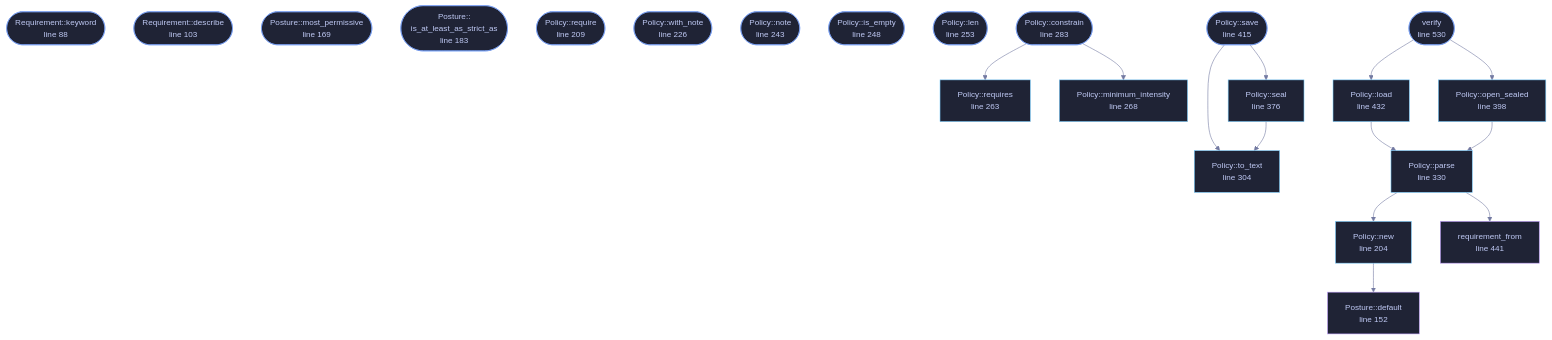
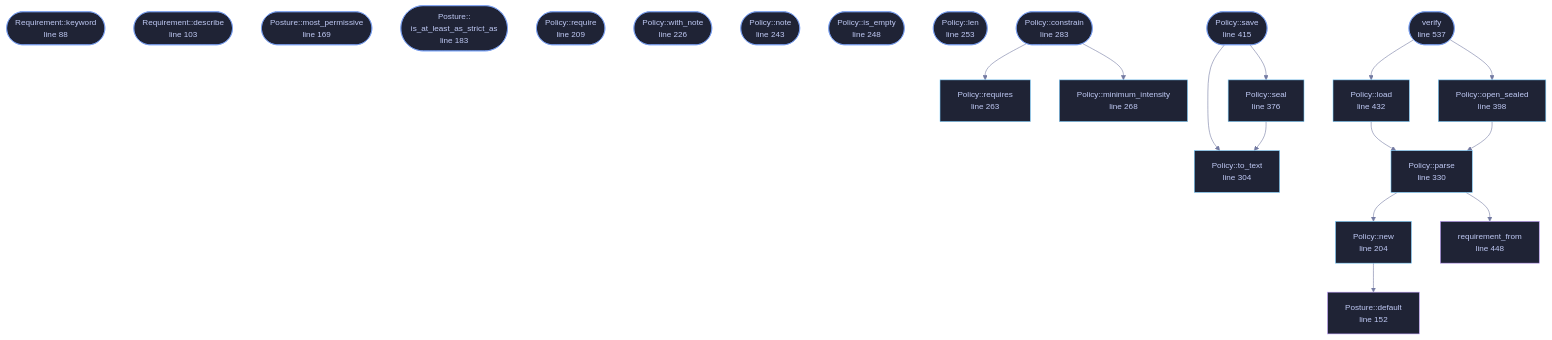
Before and after one commit to tilas01/veilvoice: the diagram in docs/files/veilvoice-policy/policy.md, drawn with Mermaid. The commit also changed other lines of this file and 130 other files, not shown here.

````diff
--- a/docs/files/veilvoice-policy/policy.md
+++ b/docs/files/veilvoice-policy/policy.md
@@ -126,66 +126,66 @@
 ```mermaid
 %%{init: {"theme":"base","themeVariables":{"background":"#1a1b26","primaryColor":"#1f2335","primaryTextColor":"#c0caf5","primaryBorderColor":"#7aa2f7","secondaryColor":"#16161e","tertiaryColor":"#16161e","lineColor":"#737aa2","textColor":"#c0caf5","mainBkg":"#1f2335","nodeBorder":"#7aa2f7","clusterBkg":"#16161e","clusterBorder":"#2f3549","fontFamily":"ui-monospace, SFMono-Regular, Consolas, monospace","fontSize":"14px"}}}%%
 flowchart TD
     n_keyword(["Requirement::keyword<br/>line 88"])
     n_describe(["Requirement::describe<br/>line 103"])
     n_default["Posture::default<br/>line 152"]
     n_most_permissive(["Posture::most_permissive<br/>line 169"])
     n_is_at_least_as_strict_as(["Posture::<br/>is_at_least_as_strict_as<br/>line 183"])
     n_new["Policy::new<br/>line 204"]
     n_require(["Policy::require<br/>line 209"])
     n_with_note(["Policy::with_note<br/>line 226"])
     n_note(["Policy::note<br/>line 243"])
     n_is_empty(["Policy::is_empty<br/>line 248"])
     n_len(["Policy::len<br/>line 253"])
     n_requires["Policy::requires<br/>line 263"]
     n_minimum_intensity["Policy::minimum_intensity<br/>line 268"]
     n_constrain(["Policy::constrain<br/>line 283"])
     n_to_text["Policy::to_text<br/>line 304"]
     n_parse["Policy::parse<br/>line 330"]
     n_seal["Policy::seal<br/>line 376"]
     n_open_sealed["Policy::open_sealed<br/>line 398"]
     n_save(["Policy::save<br/>line 415"])
     n_load["Policy::load<br/>line 432"]
-    n_requirement_from["requirement_from<br/>line 441"]
-    n_verify(["verify<br/>line 530"])
+    n_requirement_from["requirement_from<br/>line 448"]
+    n_verify(["verify<br/>line 537"])
     n_constrain --> n_minimum_intensity
     n_constrain --> n_requires
     n_load --> n_parse
     n_new --> n_default
     n_open_sealed --> n_parse
     n_parse --> n_new
     n_parse --> n_requirement_from
     n_save --> n_seal
     n_save --> n_to_text
     n_seal --> n_to_text
     n_verify --> n_load
     n_verify --> n_open_sealed
     click n_keyword href "https://github.com/tilas01/veilvoice/blob/main/crates/veilvoice-policy/src/policy.rs#L88" "open the source"
     click n_describe href "https://github.com/tilas01/veilvoice/blob/main/crates/veilvoice-policy/src/policy.rs#L103" "open the source"
     click n_default href "https://github.com/tilas01/veilvoice/blob/main/crates/veilvoice-policy/src/policy.rs#L152" "open the source"
     click n_most_permissive href "https://github.com/tilas01/veilvoice/blob/main/crates/veilvoice-policy/src/policy.rs#L169" "open the source"
     click n_is_at_least_as_strict_as href "https://github.com/tilas01/veilvoice/blob/main/crates/veilvoice-policy/src/policy.rs#L183" "open the source"
     click n_new href "https://github.com/tilas01/veilvoice/blob/main/crates/veilvoice-policy/src/policy.rs#L204" "open the source"
     click n_require href "https://github.com/tilas01/veilvoice/blob/main/crates/veilvoice-policy/src/policy.rs#L209" "open the source"
     click n_with_note href "https://github.com/tilas01/veilvoice/blob/main/crates/veilvoice-policy/src/policy.rs#L226" "open the source"
     click n_note href "https://github.com/tilas01/veilvoice/blob/main/crates/veilvoice-policy/src/policy.rs#L243" "open the source"
     click n_is_empty href "https://github.com/tilas01/veilvoice/blob/main/crates/veilvoice-policy/src/policy.rs#L248" "open the source"
     click n_len href "https://github.com/tilas01/veilvoice/blob/main/crates/veilvoice-policy/src/policy.rs#L253" "open the source"
     click n_requires href "https://github.com/tilas01/veilvoice/blob/main/crates/veilvoice-policy/src/policy.rs#L263" "open the source"
     click n_minimum_intensity href "https://github.com/tilas01/veilvoice/blob/main/crates/veilvoice-policy/src/policy.rs#L268" "open the source"
     click n_constrain href "https://github.com/tilas01/veilvoice/blob/main/crates/veilvoice-policy/src/policy.rs#L283" "open the source"
     click n_to_text href "https://github.com/tilas01/veilvoice/blob/main/crates/veilvoice-policy/src/policy.rs#L304" "open the source"
     click n_parse href "https://github.com/tilas01/veilvoice/blob/main/crates/veilvoice-policy/src/policy.rs#L330" "open the source"
     click n_seal href "https://github.com/tilas01/veilvoice/blob/main/crates/veilvoice-policy/src/policy.rs#L376" "open the source"
     click n_open_sealed href "https://github.com/tilas01/veilvoice/blob/main/crates/veilvoice-policy/src/policy.rs#L398" "open the source"
     click n_save href "https://github.com/tilas01/veilvoice/blob/main/crates/veilvoice-policy/src/policy.rs#L415" "open the source"
     click n_load href "https://github.com/tilas01/veilvoice/blob/main/crates/veilvoice-policy/src/policy.rs#L432" "open the source"
-    click n_requirement_from href "https://github.com/tilas01/veilvoice/blob/main/crates/veilvoice-policy/src/policy.rs#L441" "open the source"
-    click n_verify href "https://github.com/tilas01/veilvoice/blob/main/crates/veilvoice-policy/src/policy.rs#L530" "open the source"
+    click n_requirement_from href "https://github.com/tilas01/veilvoice/blob/main/crates/veilvoice-policy/src/policy.rs#L448" "open the source"
+    click n_verify href "https://github.com/tilas01/veilvoice/blob/main/crates/veilvoice-policy/src/policy.rs#L537" "open the source"
     classDef entry fill:#1f2335,stroke:#7aa2f7,color:#c0caf5
     class n_keyword,n_describe,n_most_permissive,n_is_at_least_as_strict_as,n_require,n_with_note,n_note,n_is_empty,n_len,n_constrain,n_save,n_verify entry
     classDef api fill:#1f2335,stroke:#7dcfff,color:#c0caf5
     class n_new,n_requires,n_minimum_intensity,n_to_text,n_parse,n_seal,n_open_sealed,n_load api
     classDef helper fill:#1f2335,stroke:#bb9af7,color:#c0caf5
     class n_default,n_requirement_from helper
 ```
````
